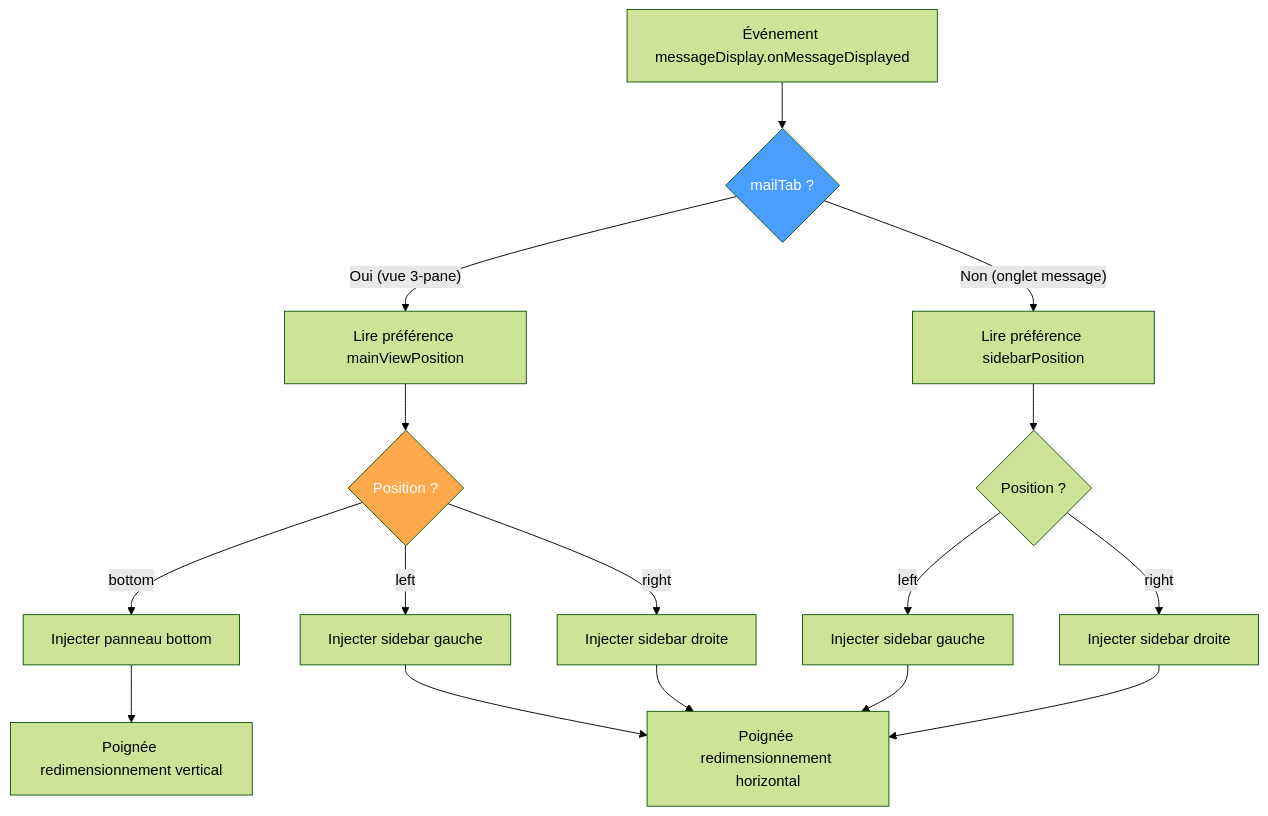
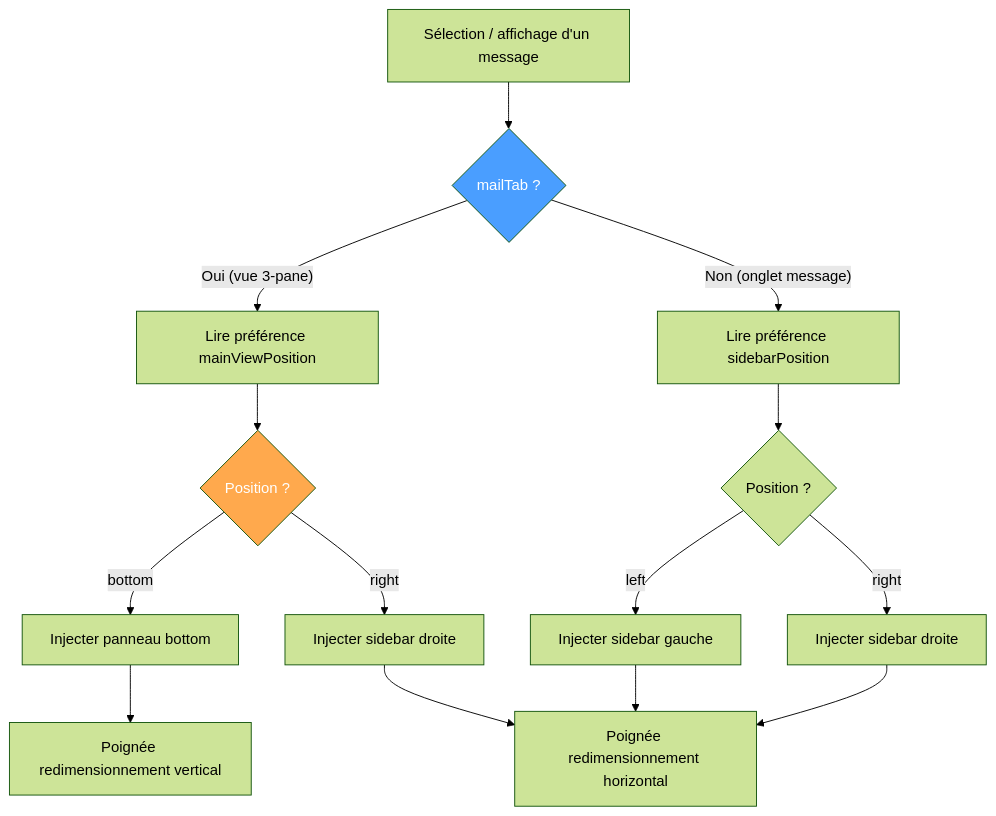
The fourth of 5 diagrams in ARCHITECTURE.md (mtfkarukera/magic-threads), drawn with Mermaid (forest theme) before and after one commit. The commit also changed other lines of this file and 9 other files, not shown here.

````diff
--- a/ARCHITECTURE.md
+++ b/ARCHITECTURE.md
@@ -147,22 +157,20 @@
 ```mermaid
 flowchart TD
-    A["Événement messageDisplay.onMessageDisplayed"] --> B{"mailTab ?"}
+    A["Sélection / affichage d'un message"] --> B{"mailTab ?"}
      B -->|"Oui (vue 3-pane)"| C["Lire préférence mainViewPosition"]
      C --> D{"Position ?"}
      D -->|"bottom"| E["Injecter panneau bottom"]
-     D -->|"left"| F1["Injecter sidebar gauche"]
      D -->|"right"| F2["Injecter sidebar droite"]
      B -->|"Non (onglet message)"| G["Lire préférence sidebarPosition"]
      G --> G1{"Position ?"}
      G1 -->|"left"| G2["Injecter sidebar gauche"]
      G1 -->|"right"| G3["Injecter sidebar droite"]
 
      E --> H["Poignée redimensionnement vertical"]
-     F1 --> I["Poignée redimensionnement horizontal"]
-     F2 --> I
+     F2 --> I["Poignée redimensionnement horizontal"]
      G2 --> I
      G3 --> I
 
     style B fill:#4a9eff,color:#fff
     style D fill:#ffa94d,color:#fff
 ```
````
